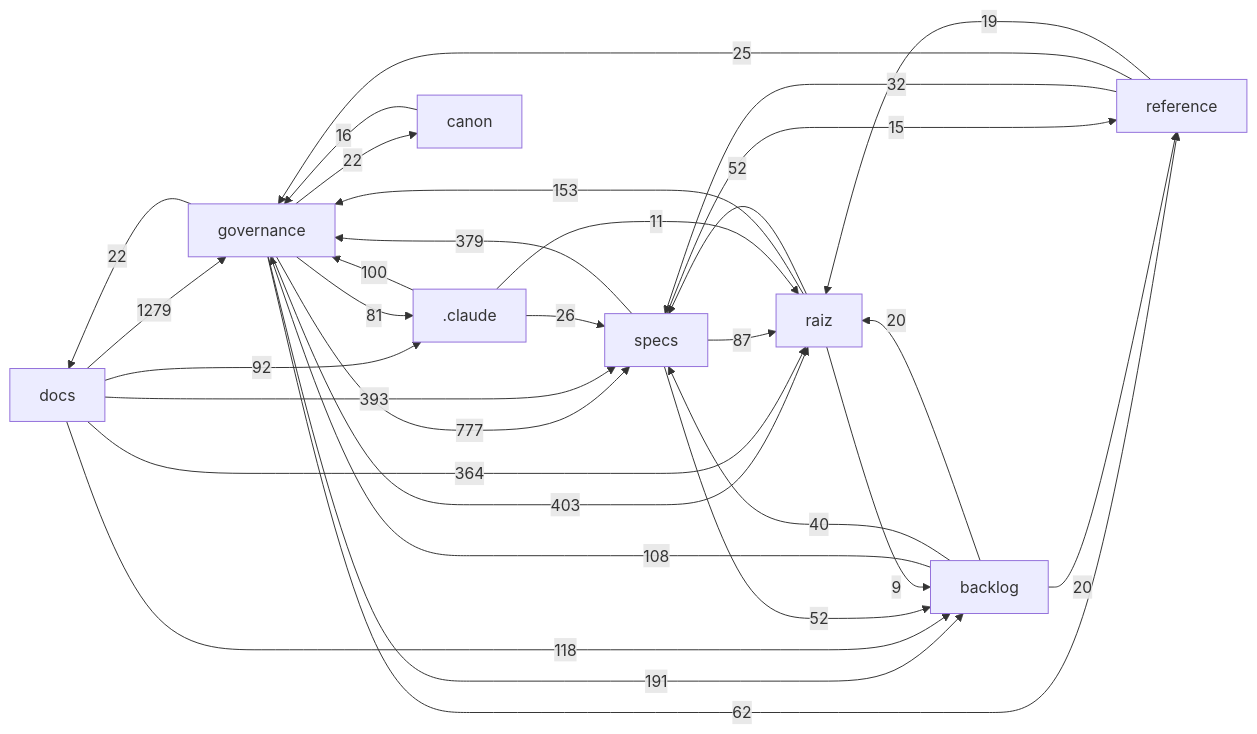
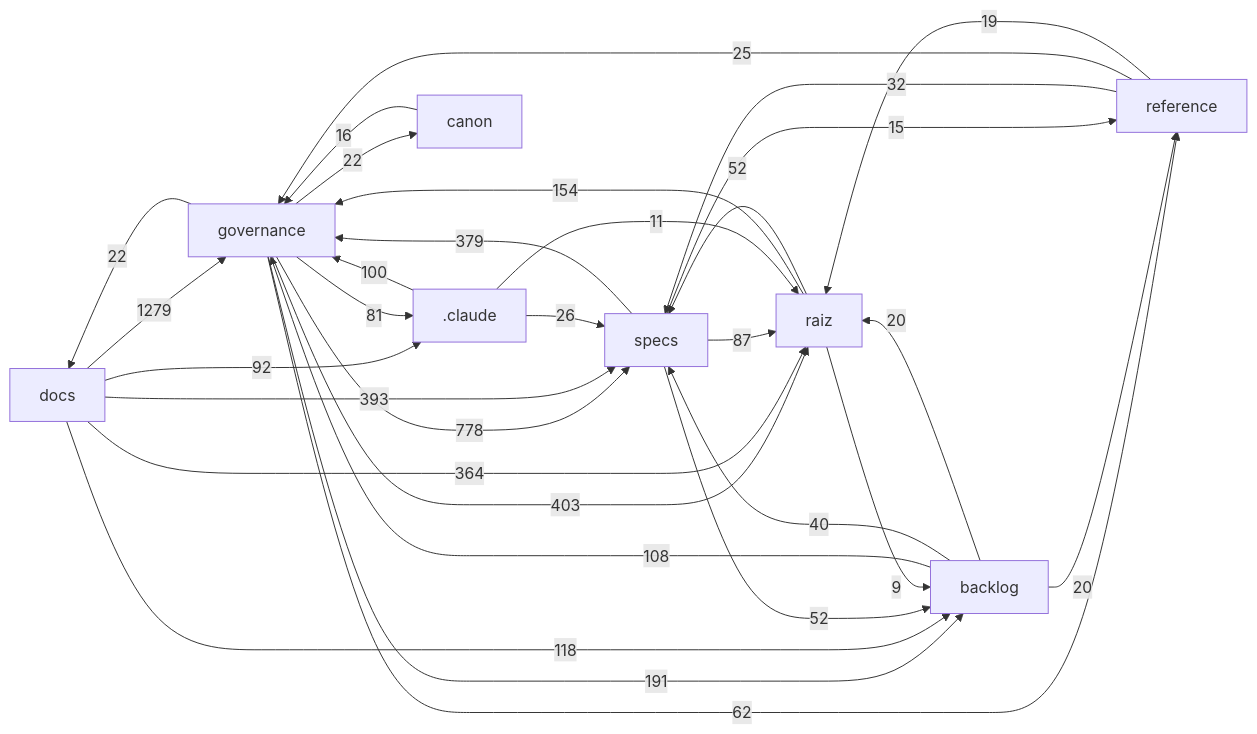
The diagram in docs/mapa/MAPA-PROJETO.md (Andraus35/Sistema-Operacional-de-Trading--SOT), drawn with Mermaid before and after one commit. The commit also changed other lines of this file and 5 other files, not shown here.

````diff
--- a/docs/mapa/MAPA-PROJETO.md
+++ b/docs/mapa/MAPA-PROJETO.md
@@ -29,33 +29,33 @@
 ```mermaid
 flowchart LR
   docs["docs"] -->|1279| governance["governance"]
-  governance["governance"] -->|777| specs["specs"]
+  governance["governance"] -->|778| specs["specs"]
   governance["governance"] -->|403| raiz["raiz"]
   docs["docs"] -->|393| specs["specs"]
   specs["specs"] -->|379| governance["governance"]
   docs["docs"] -->|364| raiz["raiz"]
   governance["governance"] -->|191| backlog["backlog"]
-  raiz["raiz"] -->|153| governance["governance"]
+  raiz["raiz"] -->|154| governance["governance"]
   docs["docs"] -->|118| backlog["backlog"]
   backlog["backlog"] -->|108| governance["governance"]
   _claude[".claude"] -->|100| governance["governance"]
   docs["docs"] -->|92| _claude[".claude"]
   specs["specs"] -->|87| raiz["raiz"]
   governance["governance"] -->|81| _claude[".claude"]
   governance["governance"] -->|62| reference["reference"]
   raiz["raiz"] -->|52| specs["specs"]
   specs["specs"] -->|52| backlog["backlog"]
   backlog["backlog"] -->|40| specs["specs"]
   reference["reference"] -->|32| specs["specs"]
   _claude[".claude"] -->|26| specs["specs"]
   reference["reference"] -->|25| governance["governance"]
   governance["governance"] -->|22| docs["docs"]
   governance["governance"] -->|22| canon["canon"]
   backlog["backlog"] -->|20| raiz["raiz"]
   backlog["backlog"] -->|20| reference["reference"]
   reference["reference"] -->|19| raiz["raiz"]
   canon["canon"] -->|16| governance["governance"]
   specs["specs"] -->|15| reference["reference"]
   _claude[".claude"] -->|11| raiz["raiz"]
   raiz["raiz"] -->|9| backlog["backlog"]
 ```
````
